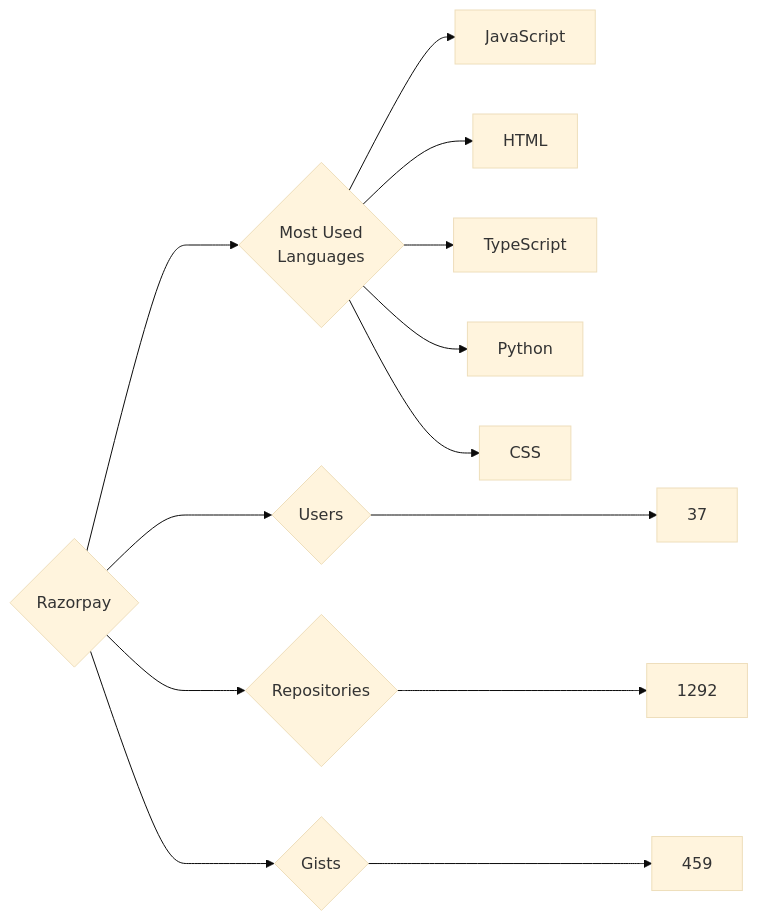
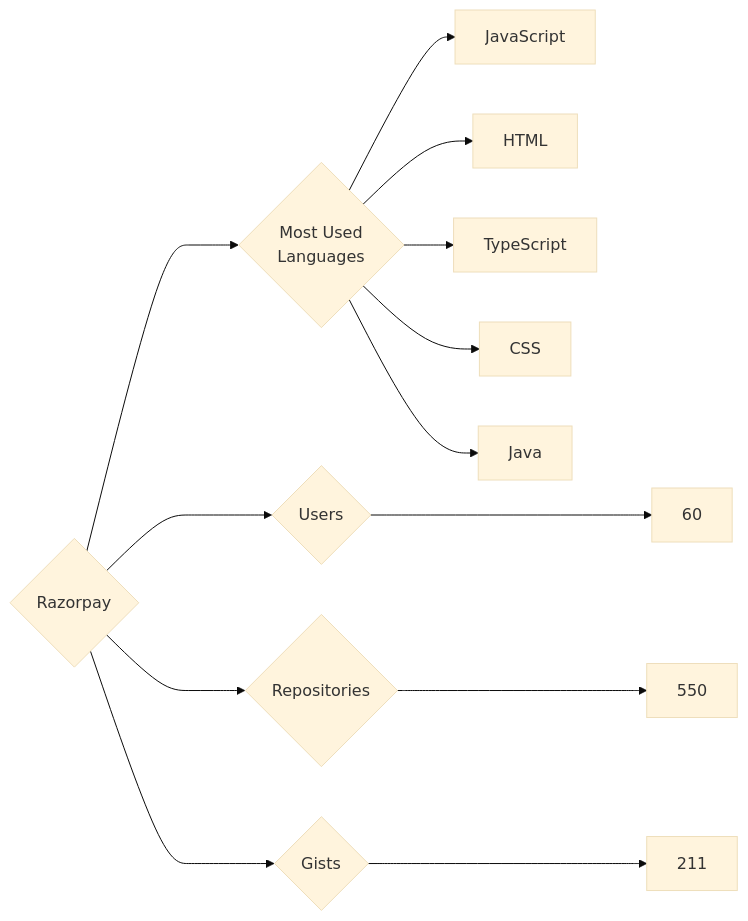
The diagram in targets/Razorpay/README.md (trickest/insiders), drawn with Mermaid (base theme) before and after one commit. The commit also changed 597 other files, not shown here.

````diff
--- a/targets/Razorpay/README.md
+++ b/targets/Razorpay/README.md
@@ -3,13 +3,13 @@
 ```mermaid
 graph LR
 COMPANY_NAME{Razorpay}
-COMPANY_NAME ---> U{Users} ---> UN[37]
-COMPANY_NAME ---> R{Repositories} ---> RN[1292]
-COMPANY_NAME ---> G{Gists} ---> GN[459]
+COMPANY_NAME ---> U{Users} ---> UN[60]
+COMPANY_NAME ---> R{Repositories} ---> RN[550]
+COMPANY_NAME ---> G{Gists} ---> GN[211]
 COMPANY_NAME ---> ML{Most Used<br>Languages}
 ML --> JavaScript[JavaScript]
 ML --> HTML[HTML]
 ML --> TypeScript[TypeScript]
-ML --> Python[Python]
 ML --> CSS[CSS]
+ML --> Java[Java]
 ```
````
